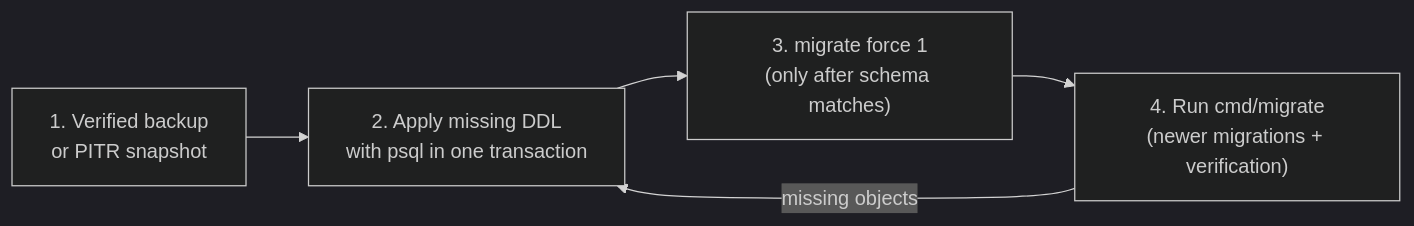
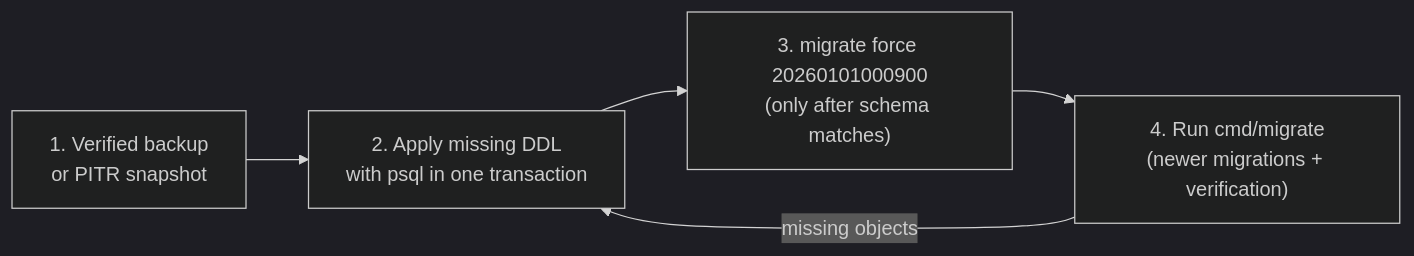
One commit to chuanghiduoc/fiber-golang-boilerplate changed the fourth of 7 diagrams in README.md. Above: the diagram before and after it, drawn with Mermaid (dark theme). The commit also changed other lines of this file and 71 other files, not shown here.

````diff
--- a/README.md
+++ b/README.md
@@ -297,7 +297,7 @@
 ```mermaid
 flowchart LR
     A["1. Verified backup<br/>or PITR snapshot"] --> B["2. Apply missing DDL<br/>with psql in one transaction"]
-    B --> C["3. migrate force 1<br/>(only after schema matches)"]
+    B --> C["3. migrate force 20260101000900<br/>(only after schema matches)"]
     C --> D["4. Run cmd/migrate<br/>(newer migrations + verification)"]
     D -->|missing objects| B
 ```
````
